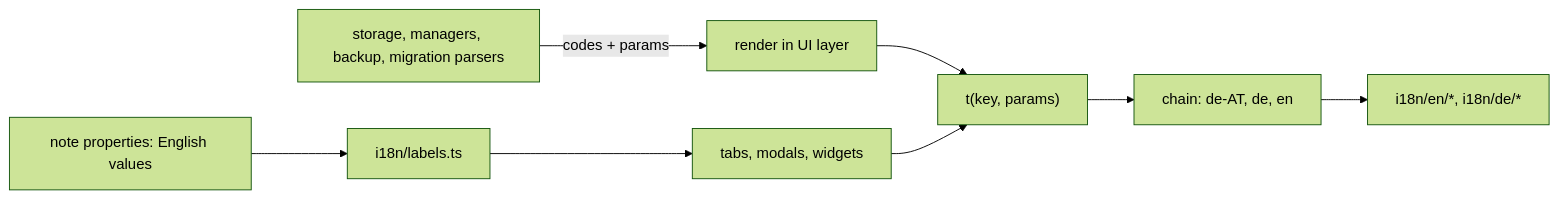
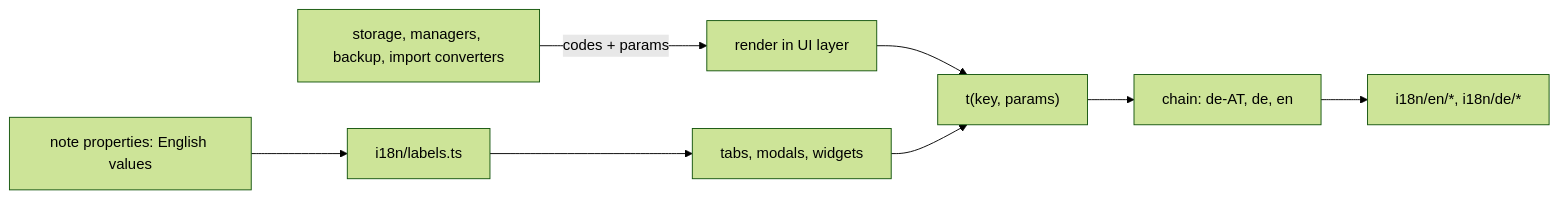
Before and after one commit to Macavity/obsidian-hoard: the diagram in docs/architecture/i18n.md, drawn with Mermaid (forest theme). The commit also changed other lines of this file and 11 other files, not shown here.

````diff
--- a/docs/architecture/i18n.md
+++ b/docs/architecture/i18n.md
@@ -26,10 +26,10 @@
 ```mermaid
 flowchart LR
   Stored[note properties: English values] --> Labels[i18n/labels.ts]
   Labels --> UI[tabs, modals, widgets]
-  Storage[storage, managers, backup, migration parsers] -- codes + params --> Render[render in UI layer]
+  Storage[storage, managers, backup, import converters] -- codes + params --> Render[render in UI layer]
   Render --> T["t(key, params)"]
   UI --> T
   T --> Chain["chain: de-AT, de, en"]
   Chain --> Trees[i18n/en/*, i18n/de/*]
 ```
````
